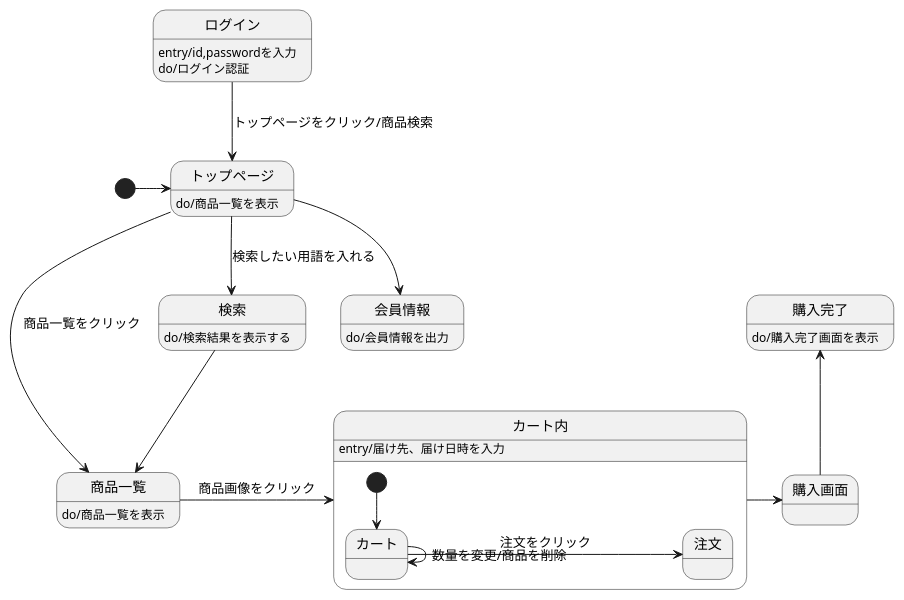
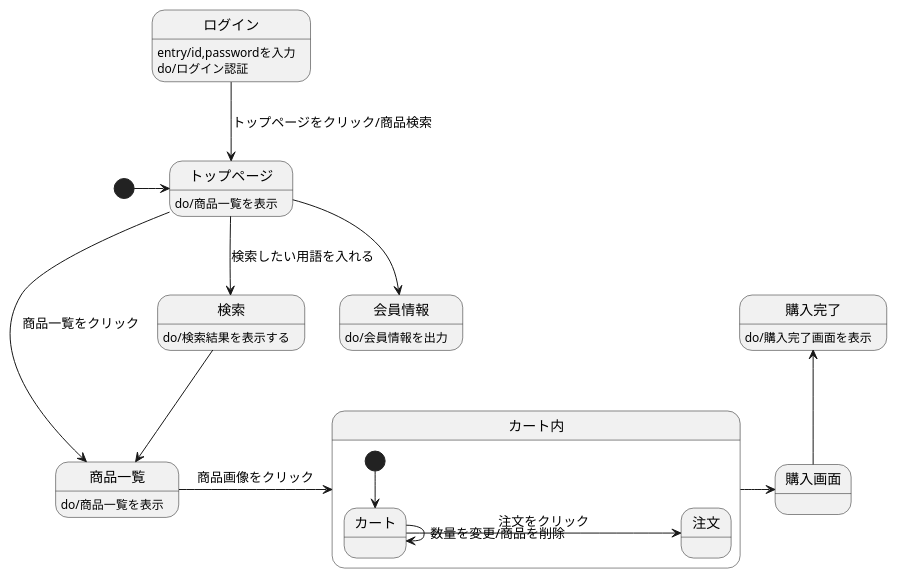
The diagram in 画面遷移図(original).md (Aso2001224/2021sys-design), drawn with PlantUML before and after one commit.

````diff
--- a/画面遷移図(original).md
+++ b/画面遷移図(original).md
@@ -1,26 +1,25 @@
 ```uml
 @startuml
 [*]->トップページ
 トップページ:do/商品一覧を表示
 ログイン-->トップページ:トップページをクリック/商品検索
 ログイン:entry/id,passwordを入力
 ログイン:do/ログイン認証
 トップページ-->会員情報
 会員情報:do/会員情報を出力
 トップページ-->検索 :検索したい用語を入れる
 検索:do/検索結果を表示する
 トップページ-->商品一覧 :商品一覧をクリック
 検索-->商品一覧
 商品一覧:do/商品一覧を表示
 商品一覧-right->カート内: 商品画像をクリック
 カート内-right-> 購入画面
-カート内:entry/届け先、届け日時を入力
 購入画面-up->購入完了
 購入完了:do/購入完了画面を表示
 
 state カート内{
 [*]--> カート
 カート-> 注文: 注文をクリック
 カート->カート: 数量を変更/商品を削除
 @enduml
 ```
````
